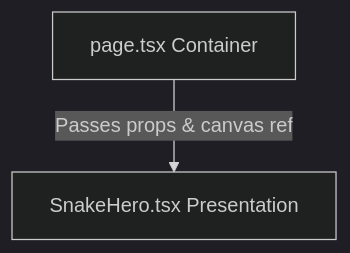
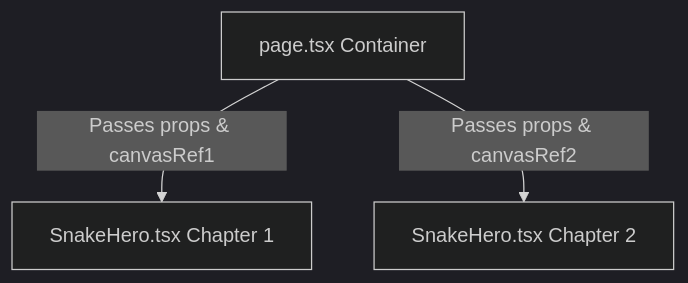
Before and after one commit to Jaiakash-2108/snake-website: the diagram in PROJECT_DOCUMENTATION.md, drawn with Mermaid (dark theme). The commit also changed other lines of this file, not shown here.

Commit message:
implement multi-chapter scroll-driven exhibition with cross-fade transitions and canvas updates

````diff
--- a/PROJECT_DOCUMENTATION.md
+++ b/PROJECT_DOCUMENTATION.md
@@ -58,4 +61,5 @@
 ```mermaid
 graph TD
-    Page[page.tsx Container] --> |Passes props & canvas ref| SnakeHero[SnakeHero.tsx Presentation]
+    Page[page.tsx Container] --> |Passes props & canvasRef1| SnakeHero1[SnakeHero.tsx Chapter 1]
+    Page[page.tsx Container] --> |Passes props & canvasRef2| SnakeHero2[SnakeHero.tsx Chapter 2]
 ```
````
